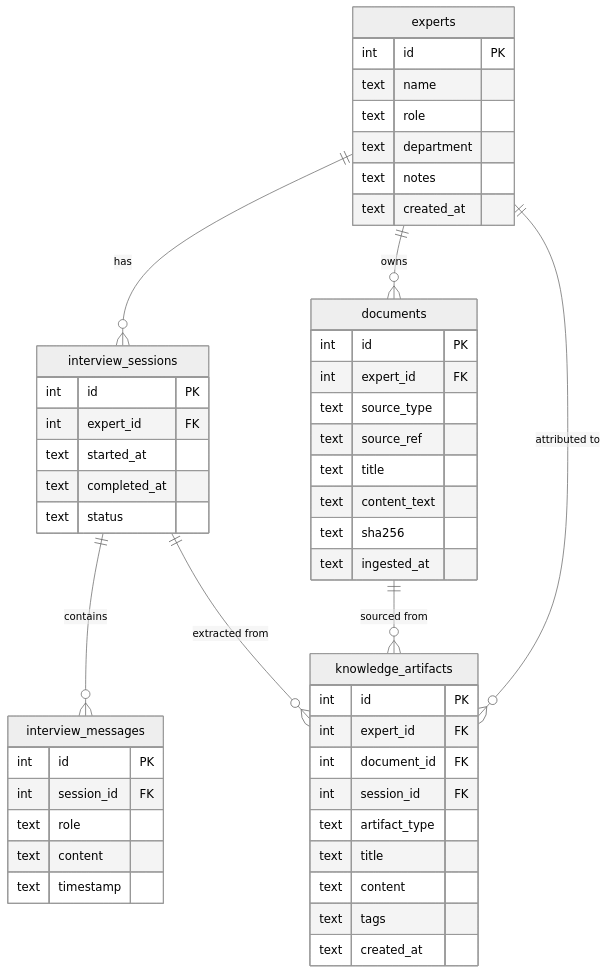
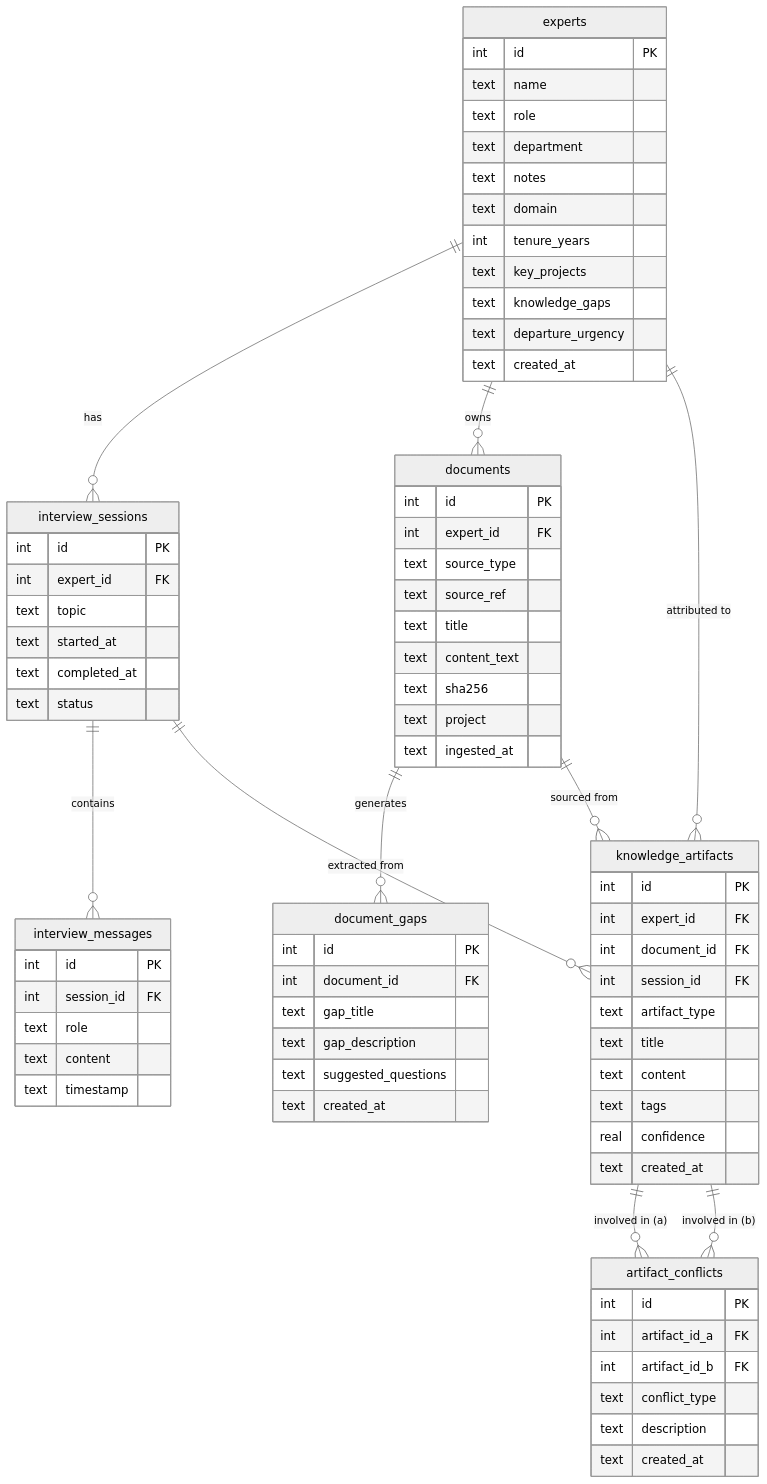
Before and after one commit to kgade19/MindVault: the second of 2 diagrams in ARCHITECTURE.md, drawn with Mermaid (neutral theme). The commit also changed other lines of this file and 7 other files, not shown here.

Commit message:
Update README and Architecture docs

````diff
--- a/ARCHITECTURE.md
+++ b/ARCHITECTURE.md
@@ -80,12 +84,18 @@
         text role
         text department
         text notes
+        text domain
+        int tenure_years
+        text key_projects
+        text knowledge_gaps
+        text departure_urgency
         text created_at
     }
 
     interview_sessions {
         int id PK
         int expert_id FK
+        text topic
         text started_at
         text completed_at
         text status
@@ -107,7 +117,17 @@
         text title
         text content_text
         text sha256
+        text project
         text ingested_at
+    }
+
+    document_gaps {
+        int id PK
+        int document_id FK
+        text gap_title
+        text gap_description
+        text suggested_questions
+        text created_at
     }
 
     knowledge_artifacts {
@@ -119,13 +139,26 @@
         text title
         text content
         text tags
+        real confidence
+        text created_at
+    }
+
+    artifact_conflicts {
+        int id PK
+        int artifact_id_a FK
+        int artifact_id_b FK
+        text conflict_type
+        text description
         text created_at
     }
 
     experts ||--o{ interview_sessions : "has"
     interview_sessions ||--o{ interview_messages : "contains"
     experts ||--o{ documents : "owns"
+    documents ||--o{ document_gaps : "generates"
     experts ||--o{ knowledge_artifacts : "attributed to"
     documents ||--o{ knowledge_artifacts : "sourced from"
     interview_sessions ||--o{ knowledge_artifacts : "extracted from"
+    knowledge_artifacts ||--o{ artifact_conflicts : "involved in (a)"
+    knowledge_artifacts ||--o{ artifact_conflicts : "involved in (b)"
 ```
````
